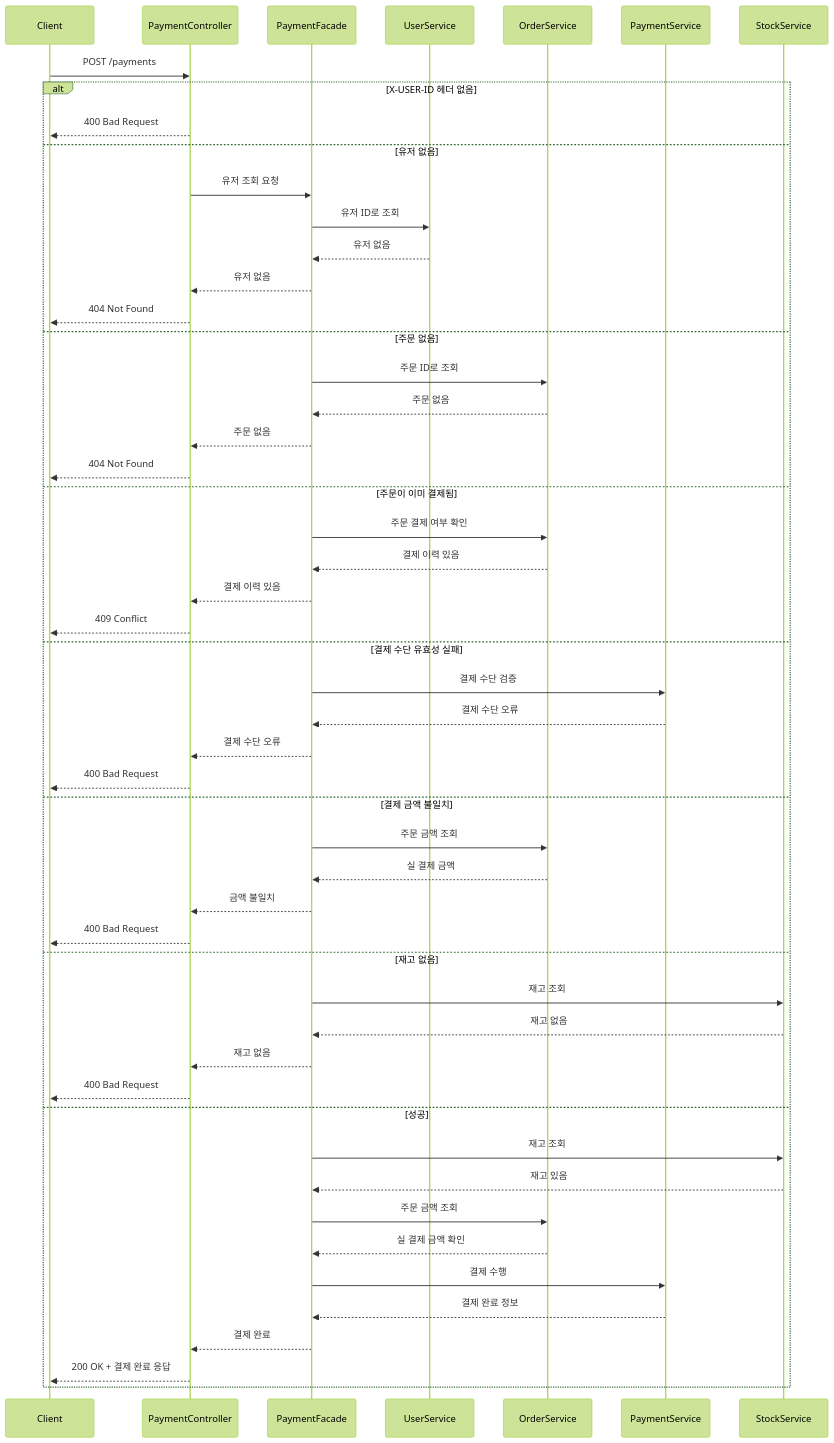
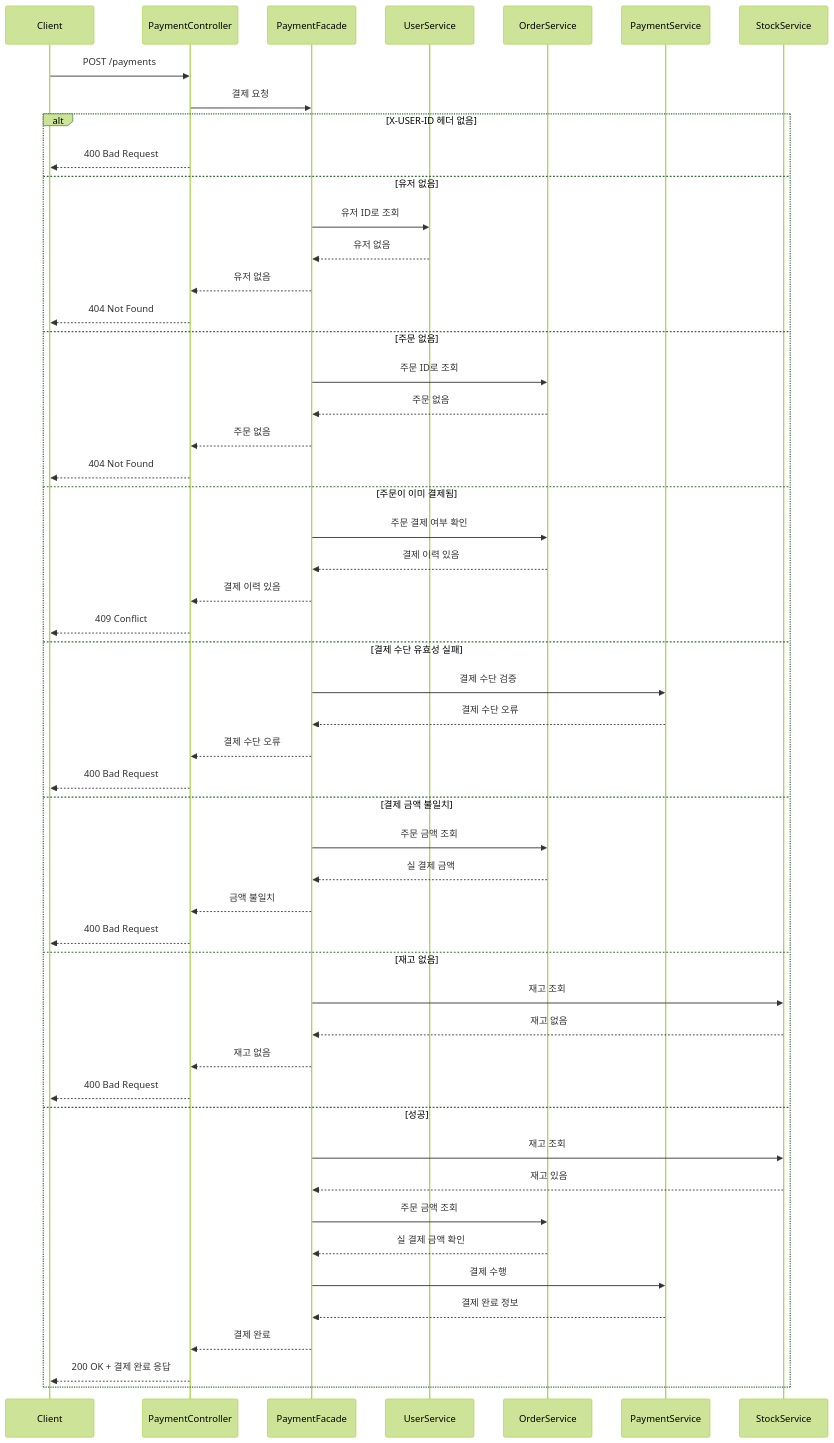
Diagram 14 of 15 in docs/design/02-sequence-diagrams.md (HYEONMIN94/loopers-spring-kotlin-template), drawn with Mermaid (forest theme) before and after one commit. The commit also changed other lines of this file, not shown here.

````diff
--- a/docs/design/02-sequence-diagrams.md
+++ b/docs/design/02-sequence-diagrams.md
@@ -511,56 +506,56 @@
 ```mermaid
 sequenceDiagram
     participant Client
     participant PaymentController
     participant PaymentFacade
     participant UserService
     participant OrderService
     participant PaymentService
     participant StockService
 
     Client->>PaymentController: POST /payments
+    PaymentController->>PaymentFacade: 결제 요청
 
     alt X-USER-ID 헤더 없음
         PaymentController-->>Client: 400 Bad Request
     else 유저 없음
-        PaymentController->>PaymentFacade: 유저 조회 요청
         PaymentFacade->>UserService: 유저 ID로 조회
         UserService-->>PaymentFacade: 유저 없음
         PaymentFacade-->>PaymentController: 유저 없음
         PaymentController-->>Client: 404 Not Found
     else 주문 없음
         PaymentFacade->>OrderService: 주문 ID로 조회
         OrderService-->>PaymentFacade: 주문 없음
         PaymentFacade-->>PaymentController: 주문 없음
         PaymentController-->>Client: 404 Not Found
     else 주문이 이미 결제됨
         PaymentFacade->>OrderService: 주문 결제 여부 확인
         OrderService-->>PaymentFacade: 결제 이력 있음
         PaymentFacade-->>PaymentController: 결제 이력 있음
         PaymentController-->>Client: 409 Conflict
     else 결제 수단 유효성 실패
         PaymentFacade->>PaymentService: 결제 수단 검증
         PaymentService-->>PaymentFacade: 결제 수단 오류
         PaymentFacade-->>PaymentController: 결제 수단 오류
         PaymentController-->>Client: 400 Bad Request
     else 결제 금액 불일치
         PaymentFacade->>OrderService: 주문 금액 조회
         OrderService-->>PaymentFacade: 실 결제 금액
         PaymentFacade-->>PaymentController: 금액 불일치
         PaymentController-->>Client: 400 Bad Request
     else 재고 없음
         PaymentFacade->>StockService: 재고 조회
         StockService-->>PaymentFacade: 재고 없음
         PaymentFacade-->>PaymentController: 재고 없음
         PaymentController-->>Client: 400 Bad Request
     else 성공
         PaymentFacade->>StockService: 재고 조회
         StockService-->>PaymentFacade: 재고 있음
         PaymentFacade->>OrderService: 주문 금액 조회
         OrderService-->>PaymentFacade: 실 결제 금액 확인
         PaymentFacade->>PaymentService: 결제 수행
         PaymentService-->>PaymentFacade: 결제 완료 정보
         PaymentFacade-->>PaymentController: 결제 완료
         PaymentController-->>Client: 200 OK + 결제 완료 응답
     end
 ```
````
